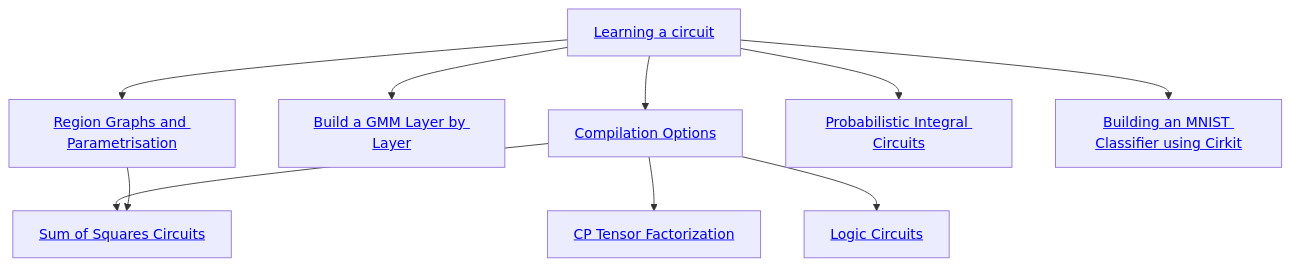
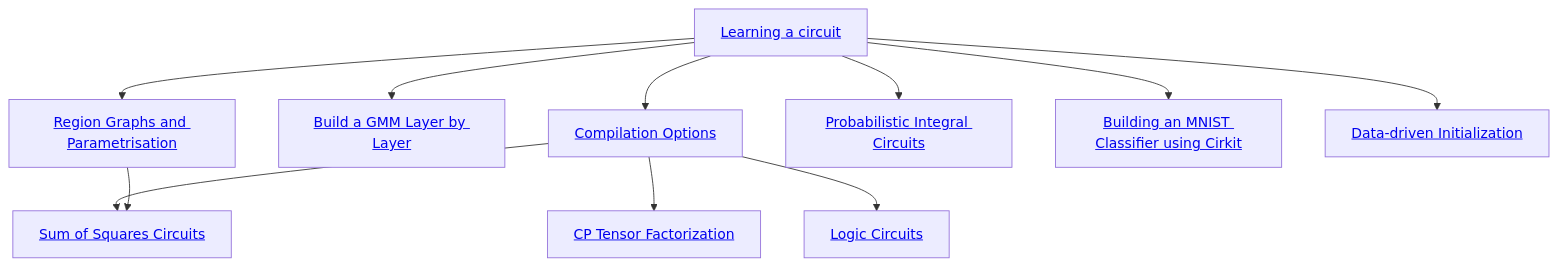
One commit to GianpieroTulipani/cirkit changed the diagram in notebooks/README.md. Above: the diagram before and after it, drawn with Mermaid. The commit also changed 25 other files, not shown here.

First line of the commit message:
feat(templates): add data-driven initialization for categorical circuits

````diff
--- a/notebooks/README.md
+++ b/notebooks/README.md
@@ -15,12 +15,13 @@
 ```mermaid
 graph TD;
     A[<a href='https://github.com/april-tools/cirkit/blob/main/notebooks/learning-a-circuit.ipynb'>Learning a circuit</a>]-->B[<a href='https://github.com/april-tools/cirkit/blob/main/notebooks/compilation-options.ipynb'>Compilation Options</a>];
     A-->I[<a href='https://github.com/april-tools/cirkit/blob/main/notebooks/learning-a-gaussian-mixture-model.ipynb'>Build a GMM Layer by Layer</a>];
     A-->C[<a href='https://github.com/april-tools/cirkit/blob/main/notebooks/region-graphs-and-parametrisation.ipynb'>Region Graphs and Parametrisation</a>];
     A-->D[<a href='https://github.com/april-tools/cirkit/blob/main/notebooks/learning-a-circuit-with-pic.ipynb'>Probabilistic Integral Circuits</a>];
     A-->H[<a href='https://github.com/april-tools/cirkit/blob/main/notebooks/generative-vs-discriminative-circuit.ipynb'>Building an MNIST Classifier using Cirkit</a>];
+    A-->J[<a href='https://github.com/april-tools/cirkit/blob/main/notebooks/data-driven-initialization.ipynb'>Data-driven Initialization</a>];
     B-->E[<a href='https://github.com/april-tools/cirkit/blob/main/notebooks/sum-of-squares-circuits.ipynb'>Sum of Squares Circuits</a>];
     C-->E;
     B-->F[<a href='https://github.com/april-tools/cirkit/blob/main/notebooks/compression-cp-factorization.ipynb'>CP Tensor Factorization</a>];
     B-->G[<a href='https://github.com/april-tools/cirkit/blob/main/notebooks/logic-circuits.ipynb'>Logic Circuits</a>]
 ```
````
